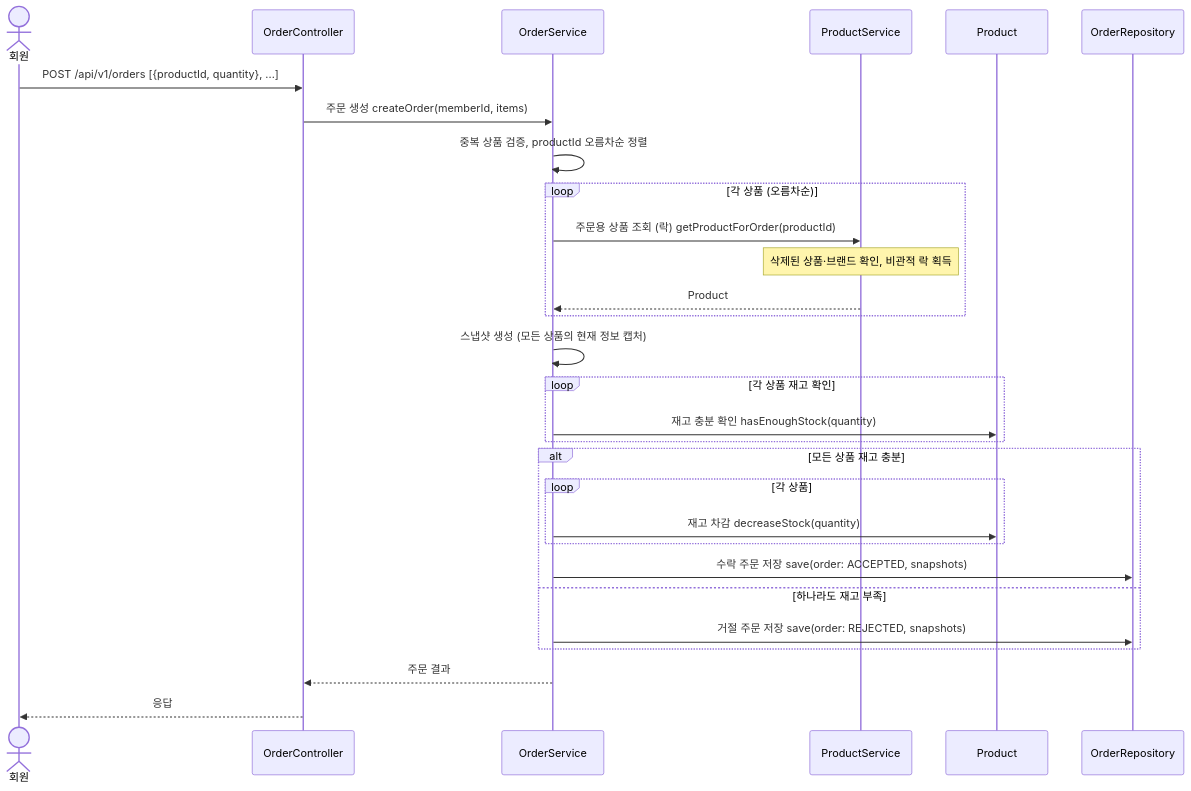
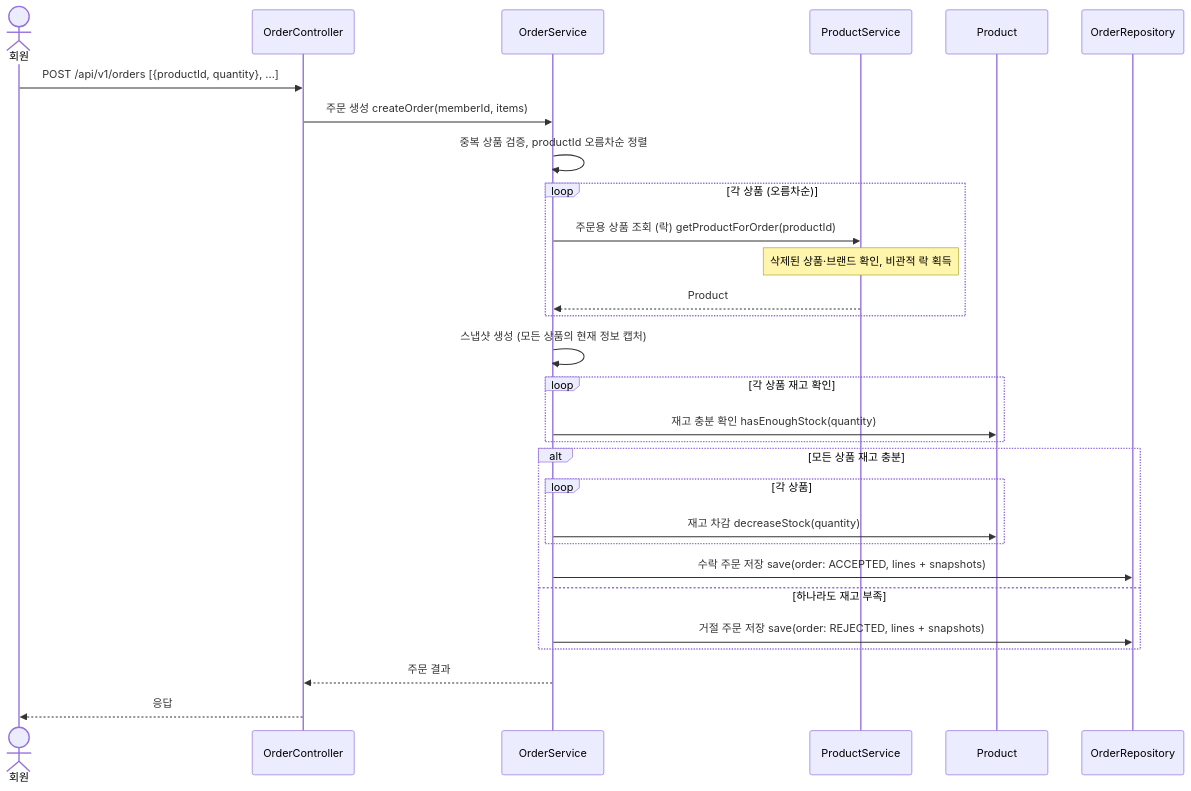
One commit to APapeIsName/loop-pack-be-l2-vol3-java changed the seventh of 21 diagrams in docs/design/02-sequence-diagrams.md. Above: the diagram before and after it, drawn with Mermaid. The commit also changed other lines of this file and 66 other files, not shown here.

````diff
--- a/docs/design/02-sequence-diagrams.md
+++ b/docs/design/02-sequence-diagrams.md
@@ -176,38 +176,38 @@
 ```mermaid
 sequenceDiagram
     actor M as 회원
     participant C as OrderController
     participant OS as OrderService
     participant PS as ProductService
     participant P as Product
     participant OR as OrderRepository
 
     M->>C: POST /api/v1/orders [{productId, quantity}, ...]
     C->>OS: 주문 생성 createOrder(memberId, items)
 
     OS->>OS: 중복 상품 검증, productId 오름차순 정렬
 
     loop 각 상품 (오름차순)
         OS->>PS: 주문용 상품 조회 (락) getProductForOrder(productId)
         Note over PS: 삭제된 상품·브랜드 확인, 비관적 락 획득
         PS-->>OS: Product
     end
 
     OS->>OS: 스냅샷 생성 (모든 상품의 현재 정보 캡처)
 
     loop 각 상품 재고 확인
         OS->>P: 재고 충분 확인 hasEnoughStock(quantity)
     end
 
     alt 모든 상품 재고 충분
         loop 각 상품
             OS->>P: 재고 차감 decreaseStock(quantity)
         end
-        OS->>OR: 수락 주문 저장 save(order: ACCEPTED, snapshots)
+        OS->>OR: 수락 주문 저장 save(order: ACCEPTED, lines + snapshots)
     else 하나라도 재고 부족
-        OS->>OR: 거절 주문 저장 save(order: REJECTED, snapshots)
+        OS->>OR: 거절 주문 저장 save(order: REJECTED, lines + snapshots)
     end
 
     OS-->>C: 주문 결과
     C-->>M: 응답
 ```
````
